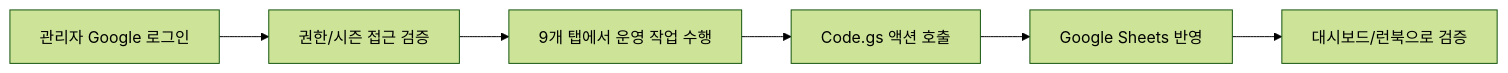
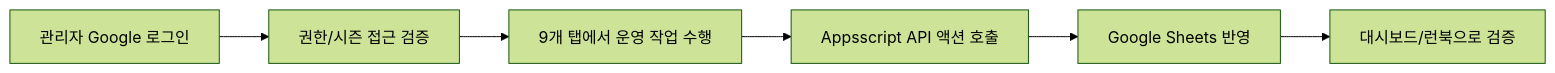
One commit to cloud-club/CloudClubAttendanceSystem changed the diagram in docs/Wiki/02_Admin_Side_Guide.md. Above: the diagram before and after it, drawn with Mermaid (forest theme). The commit also changed other lines of this file and 38 other files, not shown here.

````diff
--- a/docs/Wiki/02_Admin_Side_Guide.md
+++ b/docs/Wiki/02_Admin_Side_Guide.md
@@ -6,8 +6,8 @@
 ```mermaid
 flowchart LR
   A["관리자 Google 로그인"] --> B["권한/시즌 접근 검증"]
   B --> C["9개 탭에서 운영 작업 수행"]
-  C --> D["Code.gs 액션 호출"]
+  C --> D["Appsscript API 액션 호출"]
   D --> E["Google Sheets 반영"]
   E --> F["대시보드/런북으로 검증"]
 ```
````
